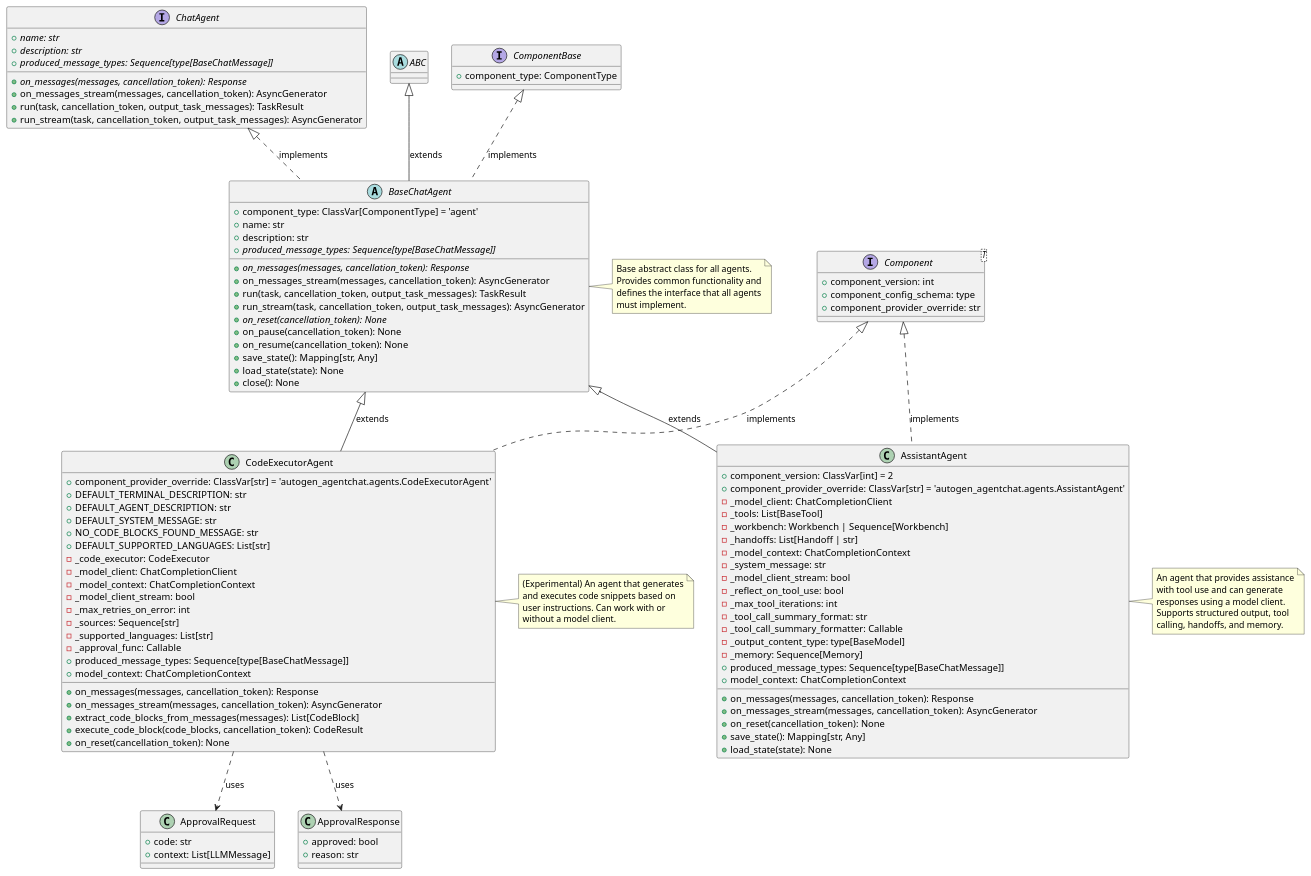
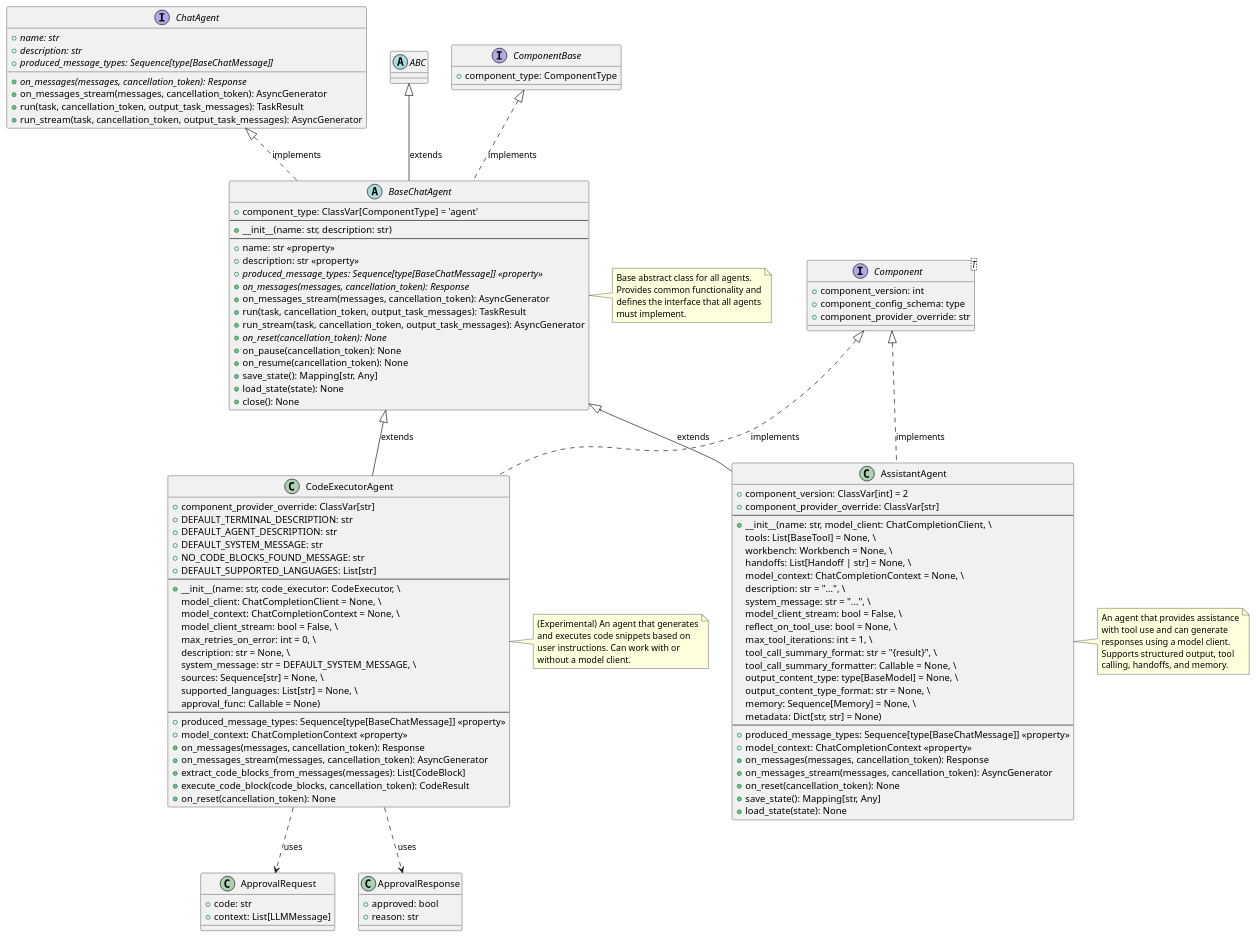
Before and after one commit to welldesignedsystem/stunning-spork: the diagram in Autogen.puml, drawn with PlantUML. The commit also changed 3 other files, not shown here.

```diff
--- a/Autogen.puml
+++ b/Autogen.puml
@@ -1,143 +1,155 @@
 @startuml
 
 ' Base interfaces and abstract classes
 interface ChatAgent {
   +{abstract} name: str
   +{abstract} description: str
   +{abstract} produced_message_types: Sequence[type[BaseChatMessage]]
   +{abstract} on_messages(messages, cancellation_token): Response
   +on_messages_stream(messages, cancellation_token): AsyncGenerator
   +run(task, cancellation_token, output_task_messages): TaskResult
   +run_stream(task, cancellation_token, output_task_messages): AsyncGenerator
 }
 
 abstract class ABC {
 }
 
 interface ComponentBase {
   +component_type: ComponentType
 }
 
 interface Component<T> {
   +component_version: int
   +component_config_schema: type
   +component_provider_override: str
 }
 
 ' BaseChatAgent - the main base class
 abstract class BaseChatAgent {
   +component_type: ClassVar[ComponentType] = 'agent'
-  +name: str
-  +description: str
-  +{abstract} produced_message_types: Sequence[type[BaseChatMessage]]
+  --
+  +__init__(name: str, description: str)
+  --
+  +name: str <<property>>
+  +description: str <<property>>
+  +{abstract} produced_message_types: Sequence[type[BaseChatMessage]] <<property>>
   +{abstract} on_messages(messages, cancellation_token): Response
   +on_messages_stream(messages, cancellation_token): AsyncGenerator
   +run(task, cancellation_token, output_task_messages): TaskResult
   +run_stream(task, cancellation_token, output_task_messages): AsyncGenerator
   +{abstract} on_reset(cancellation_token): None
   +on_pause(cancellation_token): None
   +on_resume(cancellation_token): None
   +save_state(): Mapping[str, Any]
   +load_state(state): None
   +close(): None
 }
 
 ' Concrete agent implementations
 class AssistantAgent {
   +component_version: ClassVar[int] = 2
-  +component_provider_override: ClassVar[str] = 'autogen_agentchat.agents.AssistantAgent'
-  -_model_client: ChatCompletionClient
-  -_tools: List[BaseTool]
-  -_workbench: Workbench | Sequence[Workbench]
-  -_handoffs: List[Handoff | str]
-  -_model_context: ChatCompletionContext
-  -_system_message: str
-  -_model_client_stream: bool
-  -_reflect_on_tool_use: bool
-  -_max_tool_iterations: int
-  -_tool_call_summary_format: str
-  -_tool_call_summary_formatter: Callable
-  -_output_content_type: type[BaseModel]
-  -_memory: Sequence[Memory]
-  +produced_message_types: Sequence[type[BaseChatMessage]]
-  +model_context: ChatCompletionContext
+  +component_provider_override: ClassVar[str]
+  --
+  +__init__(name: str, model_client: ChatCompletionClient, \\
+    tools: List[BaseTool] = None, \\
+    workbench: Workbench = None, \\
+    handoffs: List[Handoff | str] = None, \\
+    model_context: ChatCompletionContext = None, \\
+    description: str = "...", \\
+    system_message: str = "...", \\
+    model_client_stream: bool = False, \\
+    reflect_on_tool_use: bool = None, \\
+    max_tool_iterations: int = 1, \\
+    tool_call_summary_format: str = "{result}", \\
+    tool_call_summary_formatter: Callable = None, \\
+    output_content_type: type[BaseModel] = None, \\
+    output_content_type_format: str = None, \\
+    memory: Sequence[Memory] = None, \\
+    metadata: Dict[str, str] = None)
+  --
+  +produced_message_types: Sequence[type[BaseChatMessage]] <<property>>
+  +model_context: ChatCompletionContext <<property>>
   +on_messages(messages, cancellation_token): Response
   +on_messages_stream(messages, cancellation_token): AsyncGenerator
   +on_reset(cancellation_token): None
   +save_state(): Mapping[str, Any]
   +load_state(state): None
 }
 
 class CodeExecutorAgent {
-  +component_provider_override: ClassVar[str] = 'autogen_agentchat.agents.CodeExecutorAgent'
+  +component_provider_override: ClassVar[str]
   +DEFAULT_TERMINAL_DESCRIPTION: str
   +DEFAULT_AGENT_DESCRIPTION: str
   +DEFAULT_SYSTEM_MESSAGE: str
   +NO_CODE_BLOCKS_FOUND_MESSAGE: str
   +DEFAULT_SUPPORTED_LANGUAGES: List[str]
-  -_code_executor: CodeExecutor
-  -_model_client: ChatCompletionClient
-  -_model_context: ChatCompletionContext
-  -_model_client_stream: bool
-  -_max_retries_on_error: int
-  -_sources: Sequence[str]
-  -_supported_languages: List[str]
-  -_approval_func: Callable
-  +produced_message_types: Sequence[type[BaseChatMessage]]
-  +model_context: ChatCompletionContext
+  --
+  +__init__(name: str, code_executor: CodeExecutor, \\
+    model_client: ChatCompletionClient = None, \\
+    model_context: ChatCompletionContext = None, \\
+    model_client_stream: bool = False, \\
+    max_retries_on_error: int = 0, \\
+    description: str = None, \\
+    system_message: str = DEFAULT_SYSTEM_MESSAGE, \\
+    sources: Sequence[str] = None, \\
+    supported_languages: List[str] = None, \\
+    approval_func: Callable = None)
+  --
+  +produced_message_types: Sequence[type[BaseChatMessage]] <<property>>
+  +model_context: ChatCompletionContext <<property>>
   +on_messages(messages, cancellation_token): Response
   +on_messages_stream(messages, cancellation_token): AsyncGenerator
   +extract_code_blocks_from_messages(messages): List[CodeBlock]
   +execute_code_block(code_blocks, cancellation_token): CodeResult
   +on_reset(cancellation_token): None
 }
 
 ' Support classes
 class ApprovalRequest {
   +code: str
   +context: List[LLMMessage]
 }
 
 class ApprovalResponse {
   +approved: bool
   +reason: str
 }
 
 ' Relationships
 ChatAgent <|.. BaseChatAgent : implements
 ABC <|-- BaseChatAgent : extends
 ComponentBase <|.. BaseChatAgent : implements
 
 BaseChatAgent <|-- AssistantAgent : extends
 Component <|.. AssistantAgent : implements
 
 BaseChatAgent <|-- CodeExecutorAgent : extends
 Component <|.. CodeExecutorAgent : implements
 
 CodeExecutorAgent ..> ApprovalRequest : uses
 CodeExecutorAgent ..> ApprovalResponse : uses
 
 ' Notes
 note right of BaseChatAgent
   Base abstract class for all agents.
   Provides common functionality and
   defines the interface that all agents
   must implement.
 end note
 
 note right of AssistantAgent
   An agent that provides assistance
   with tool use and can generate
   responses using a model client.
   Supports structured output, tool
   calling, handoffs, and memory.
 end note
 
 note right of CodeExecutorAgent
   (Experimental) An agent that generates
   and executes code snippets based on
   user instructions. Can work with or
   without a model client.
 end note
 
 @enduml
```
